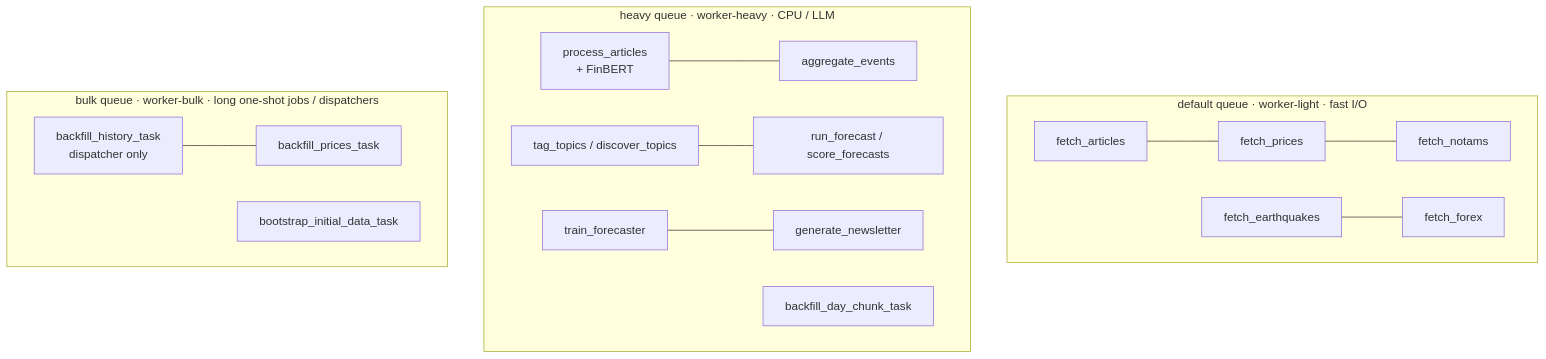
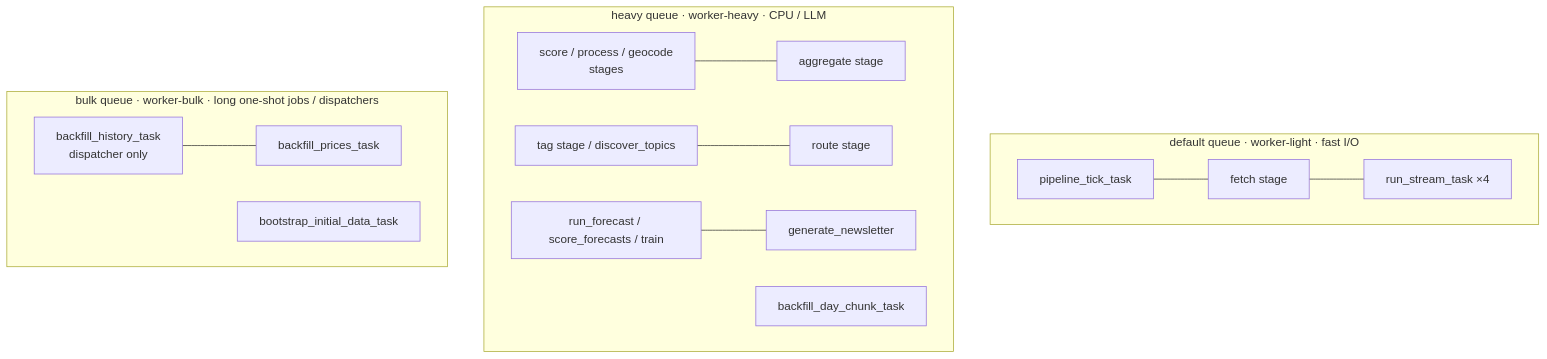
One commit to jameelhamdan/event-horizon changed the second of 3 diagrams in docs/architecture.md. Above: the diagram before and after it, drawn with Mermaid. The commit also changed other lines of this file and 54 other files, not shown here.

````diff
--- a/docs/architecture.md
+++ b/docs/architecture.md
@@ -84,17 +88,16 @@
 ```mermaid
 flowchart TB
     subgraph DEFAULT["default queue · worker-light · fast I/O"]
-        D1[fetch_articles] --- D2[fetch_prices] --- D3[fetch_notams]
-        D4[fetch_earthquakes] --- D5[fetch_forex]
+        D1[pipeline_tick_task] --- D2[fetch stage] --- D3[run_stream_task ×4]
     end
     subgraph HEAVY["heavy queue · worker-heavy · CPU / LLM"]
-        H1[process_articles<br/>+ FinBERT] --- H2[aggregate_events]
-        H3[tag_topics / discover_topics] --- H4[run_forecast / score_forecasts]
-        H5[train_forecaster] --- H6[generate_newsletter]
+        H1[score / process / geocode<br/>stages] --- H2[aggregate stage]
+        H3[tag stage / discover_topics] --- H4[route stage]
+        H5[run_forecast / score_forecasts / train] --- H6[generate_newsletter]
         H7[backfill_day_chunk_task]
     end
     subgraph BULK["bulk queue · worker-bulk · long one-shot jobs / dispatchers"]
         B1[backfill_history_task<br/>dispatcher only] --- B2[backfill_prices_task]
         B3[bootstrap_initial_data_task]
     end
 ```
````
